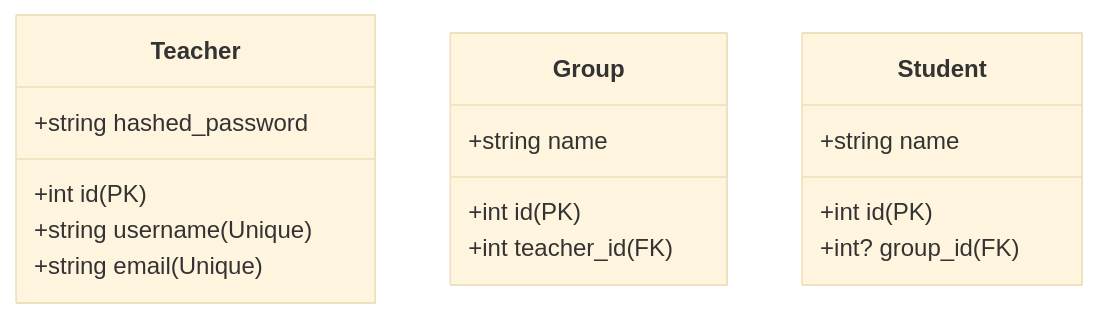
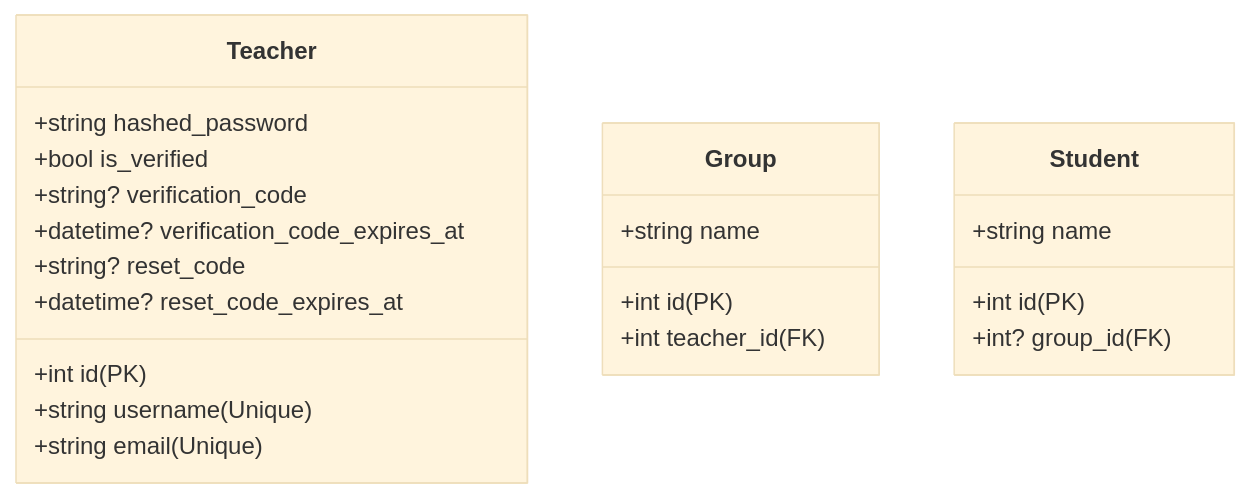
The fourth of 4 diagrams in docs/modelo_de_datos.md (frangago71/quizzie-TFG), drawn with Mermaid (base theme) before and after one commit. The commit also changed other lines of this file and 2 other files, not shown here.

Commit message:
chore: new teacher attributes to recover password
Refs #60

````diff
--- a/docs/modelo_de_datos.md
+++ b/docs/modelo_de_datos.md
@@ -169,22 +174,27 @@
 ```mermaid
 classDiagram
     direction TB
     class Teacher {
         +int id (PK)
         +string username (Unique)
         +string email (Unique)
         +string hashed_password
+        +bool is_verified
+        +string? verification_code
+        +datetime? verification_code_expires_at
+        +string? reset_code
+        +datetime? reset_code_expires_at
     }
 
     class Group {
         +int id (PK)
         +string name
         +int teacher_id (FK)
     }
 
     class Student {
         +int id (PK)
         +string name
         +int? group_id (FK)
     }
 ```
````
